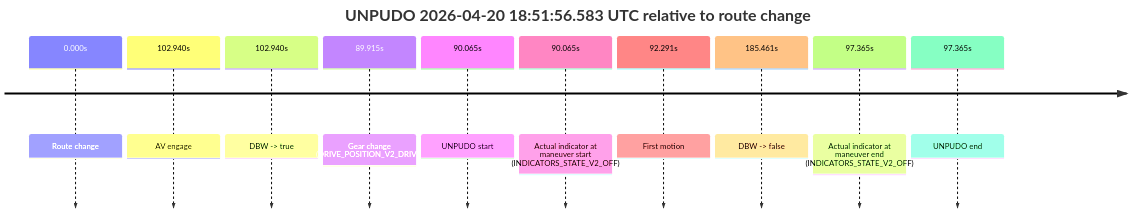
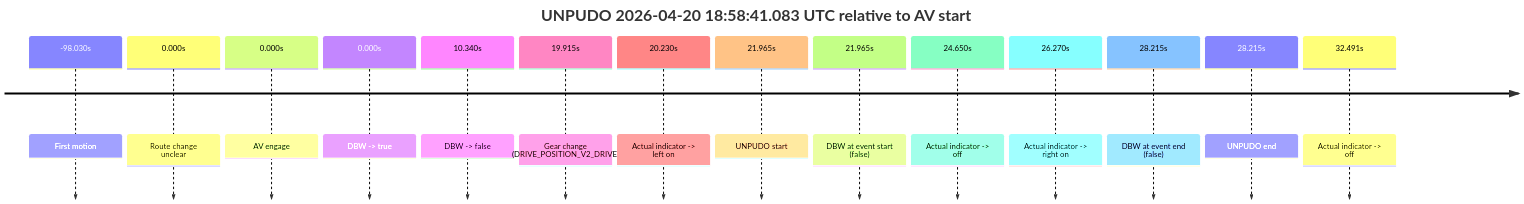
Before and after one commit to yoelshapiro/vault: the first of 2 diagrams in model_analysis/report_cards/2026/04/Week-4/fme10010--2026-04-20--18-49-04--gen2-av-049e0b34-7ed2-4fab-b27d-8fb7726a9c84.md, drawn with Mermaid. The commit also changed other lines of this file and 36 other files, not shown here.

````diff
--- a/model_analysis/report_cards/2026/04/Week-4/fme10010--2026-04-20--18-49-04--gen2-av-049e0b34-7ed2-4fab-b27d-8fb7726a9c84.md
+++ b/model_analysis/report_cards/2026/04/Week-4/fme10010--2026-04-20--18-49-04--gen2-av-049e0b34-7ed2-4fab-b27d-8fb7726a9c84.md
@@ -43,14 +47,18 @@
 ```mermaid
 timeline
-    title UNPUDO 2026-04-20 18:51:56.583 UTC relative to route change
-    0.000s : Route change
-    102.940s : AV engage
-    102.940s : DBW -> true
-    89.915s : Gear change (DRIVE_POSITION_V2_DRIVE)
-    90.065s : UNPUDO start
-    90.065s : Actual indicator at maneuver start (INDICATORS_STATE_V2_OFF)
-    92.291s : First motion
-    185.461s : DBW -> false
-    97.365s : Actual indicator at maneuver end (INDICATORS_STATE_V2_OFF)
-    97.365s : UNPUDO end
+    title UNPUDO 2026-04-20 18:58:41.083 UTC relative to AV start
+    -98.030s : First motion
+    0.000s : Route change unclear
+    0.000s : AV engage
+    0.000s : DBW -> true
+    10.340s : DBW -> false
+    19.915s : Gear change (DRIVE_POSITION_V2_DRIVE)
+    20.230s : Actual indicator -> left on
+    21.965s : UNPUDO start
+    21.965s : DBW at event start (false)
+    24.650s : Actual indicator -> off
+    26.270s : Actual indicator -> right on
+    28.215s : DBW at event end (false)
+    28.215s : UNPUDO end
+    32.491s : Actual indicator -> off
 ```
````
